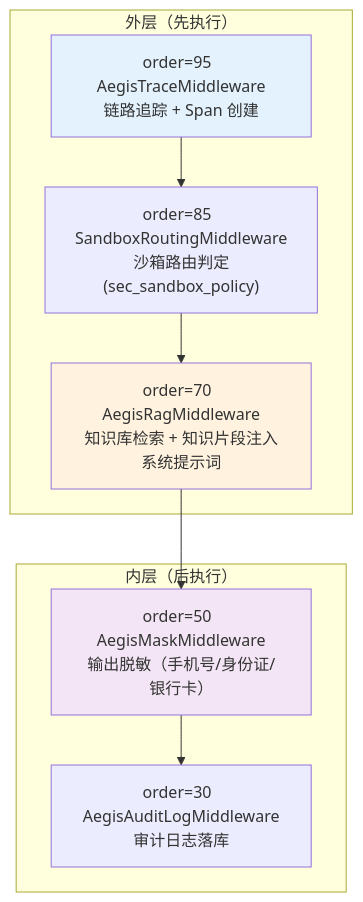
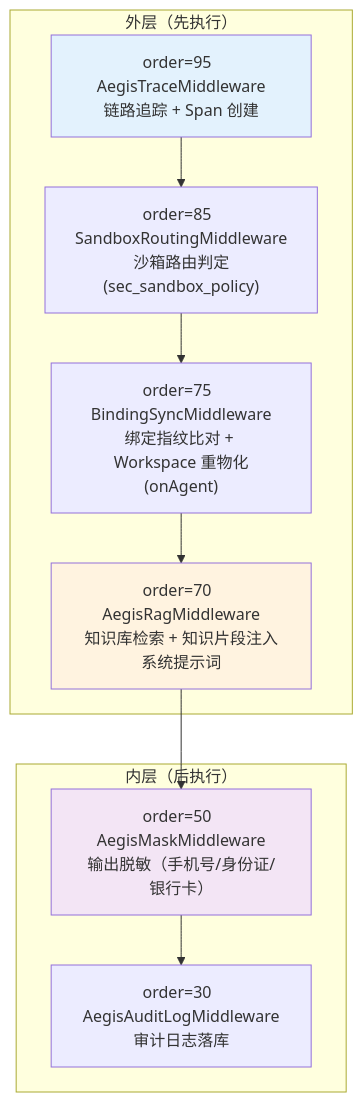
Before and after one commit to HarnessAgentStack/AegisAgent: the fifth of 11 diagrams in docs/runtime-execution-flow.md, drawn with Mermaid. The commit also changed other lines of this file and 106 other files, not shown here.

````diff
--- a/docs/runtime-execution-flow.md
+++ b/docs/runtime-execution-flow.md
@@ -205,17 +204,18 @@
 ```mermaid
 flowchart TD
     subgraph "外层（先执行）"
         M1["order=95  AegisTraceMiddleware<br/>链路追踪 + Span 创建"]
         M2["order=85  SandboxRoutingMiddleware<br/>沙箱路由判定(sec_sandbox_policy)"]
+        M2b["order=75  BindingSyncMiddleware<br/>绑定指纹比对 + Workspace 重物化(onAgent)"]
         M3["order=70  AegisRagMiddleware<br/>知识库检索 + 知识片段注入系统提示词"]
     end
     subgraph "内层（后执行）"
         M4["order=50  AegisMaskMiddleware<br/>输出脱敏（手机号/身份证/银行卡）"]
         M5["order=30  AegisAuditLogMiddleware<br/>审计日志落库"]
     end
 
-    M1 --> M2 --> M3 --> M4 --> M5
+    M1 --> M2 --> M2b --> M3 --> M4 --> M5
     style M1 fill:#e3f2fd
     style M3 fill:#fff3e0
     style M4 fill:#f3e5f5
 ```
````
